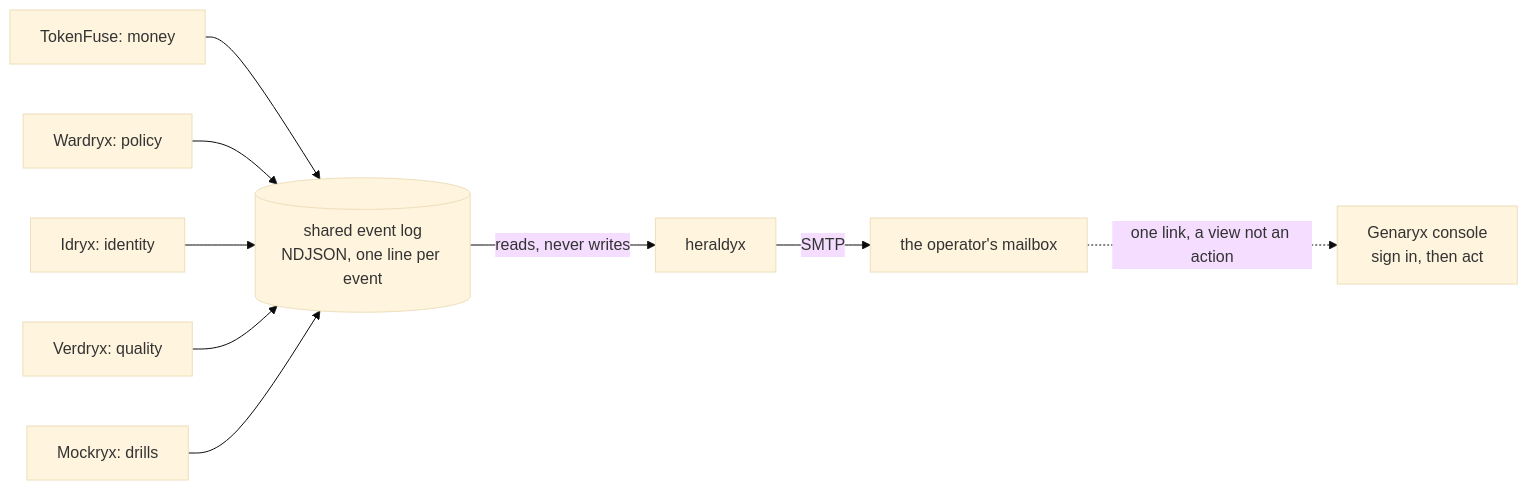
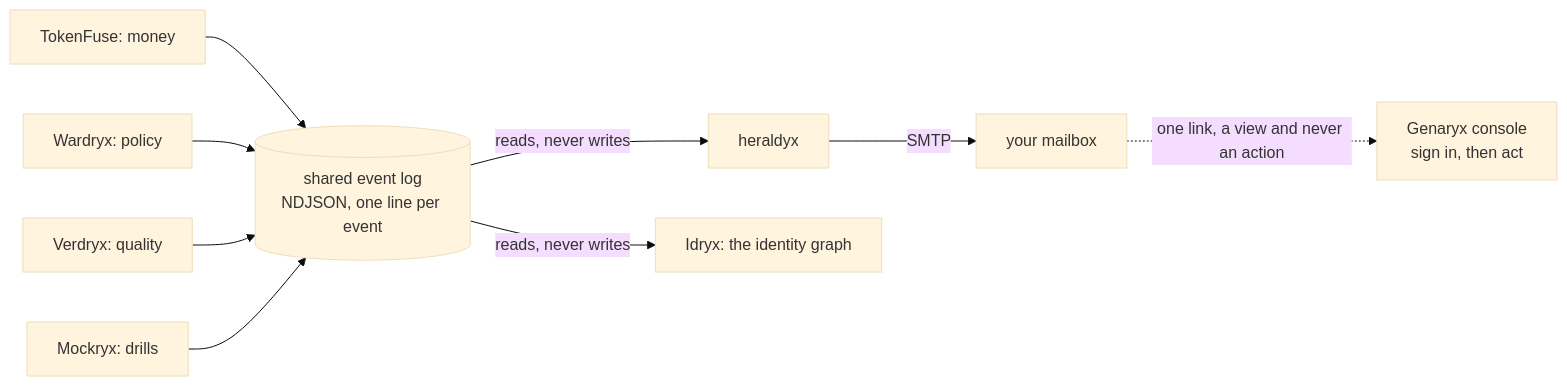
Before and after one commit to TAIPANBOX/heraldyx: the diagram in README.md, drawn with Mermaid (base theme). The commit also changed other lines of this file and 2 other files, not shown here.

````diff
--- a/README.md
+++ b/README.md
@@ -39,11 +39,11 @@
 ```mermaid
 flowchart LR
   TF["TokenFuse: money"] --> LOG[("shared event log<br/>NDJSON, one line per event")]
   WX["Wardryx: policy"] --> LOG
-  ID["Idryx: identity"] --> LOG
   VX["Verdryx: quality"] --> LOG
   MX["Mockryx: drills"] --> LOG
   LOG -->|"reads, never writes"| H["heraldyx"]
-  H -->|"SMTP"| M["the operator's mailbox"]
-  M -.->|"one link, a view not an action"| C["Genaryx console<br/>sign in, then act"]
+  LOG -->|"reads, never writes"| ID["Idryx: the identity graph"]
+  H -->|"SMTP"| M["your mailbox"]
+  M -.->|"one link, a view and never an action"| C["Genaryx console<br/>sign in, then act"]
 ```
````
